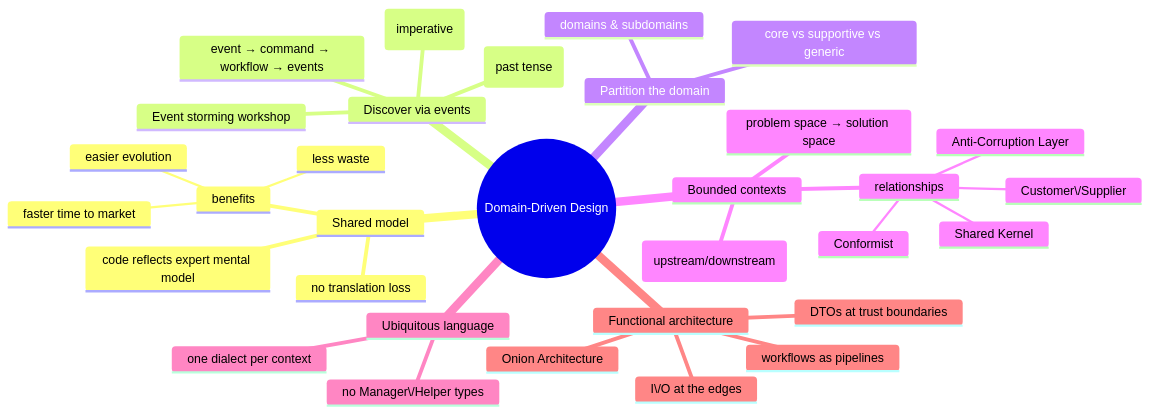
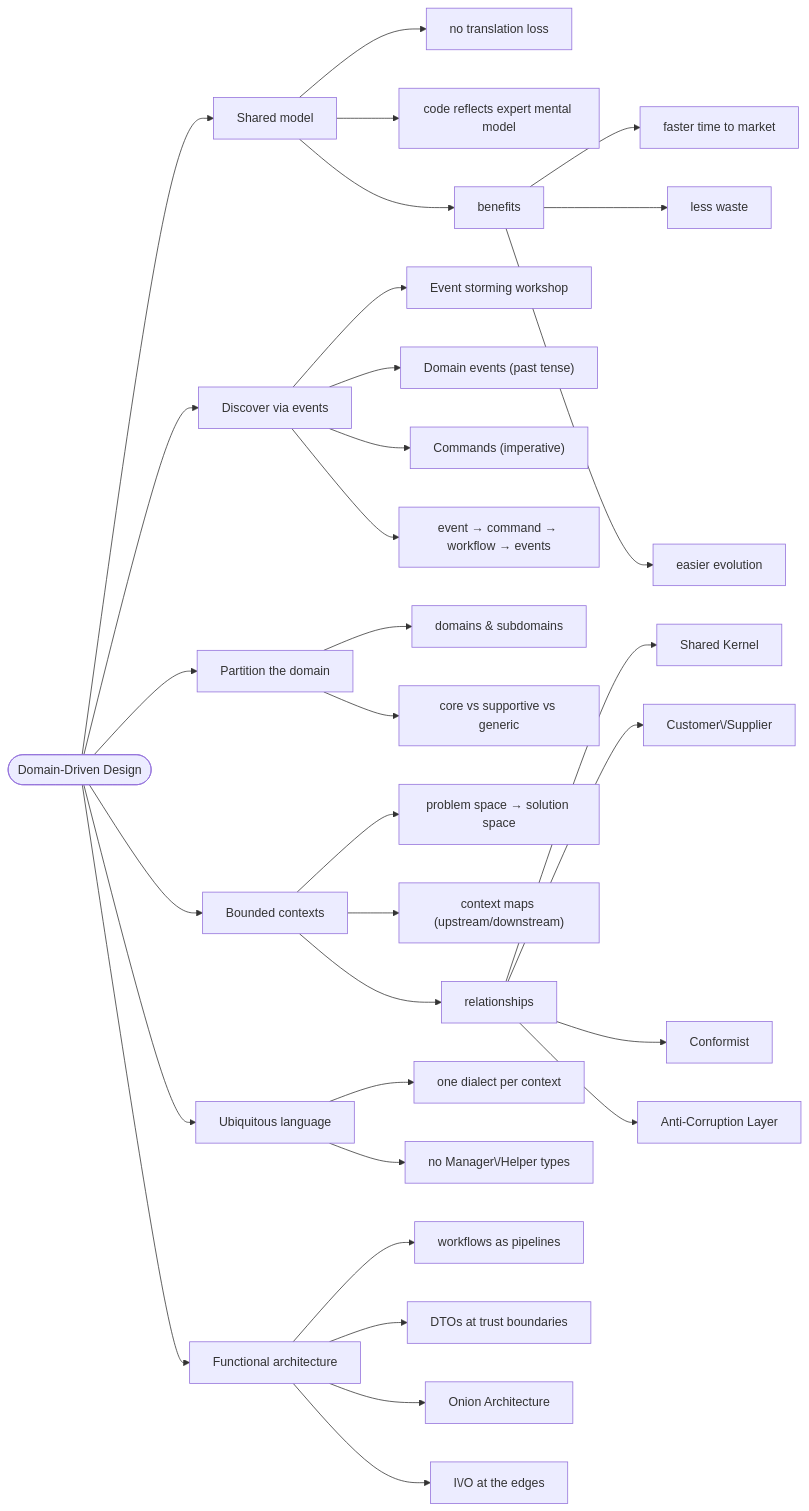
Before and after one commit to 42WASD/42wasd-community-web: the diagram in docs/knowledge/domain-driven-design/index.md, drawn with Mermaid. The commit also changed 13 other files, not shown here.

First line of the commit message:
Convert knowledge mindmaps to flowchart LR diagrams

````diff
--- a/docs/knowledge/domain-driven-design/index.md
+++ b/docs/knowledge/domain-driven-design/index.md
@@ -11,35 +11,66 @@
 ```mermaid
-mindmap
-  root((Domain-Driven Design))
-    Shared model
-      no translation loss
-      code reflects expert mental model
-      benefits
-        faster time to market
-        less waste
-        easier evolution
-    Discover via events
-      Event storming workshop
-      Domain events (past tense)
-      Commands (imperative)
-      event → command → workflow → events
-    Partition the domain
-      domains & subdomains
-      core vs supportive vs generic
-    Bounded contexts
-      problem space → solution space
-      context maps (upstream/downstream)
-      relationships
-        Shared Kernel
-        Customer\\/Supplier
-        Conformist
-        Anti-Corruption Layer
-    Ubiquitous language
-      one dialect per context
-      no Manager\\/Helper types
-    Functional architecture
-      workflows as pipelines
-      DTOs at trust boundaries
-      Onion Architecture
-      I\\/O at the edges
+flowchart LR
+    n1(["Domain-Driven Design"])
+    n2["Shared model"]
+    n3["no translation loss"]
+    n4["code reflects expert mental model"]
+    n5["benefits"]
+    n6["faster time to market"]
+    n7["less waste"]
+    n8["easier evolution"]
+    n9["Discover via events"]
+    n10["Event storming workshop"]
+    n11["Domain events (past tense)"]
+    n12["Commands (imperative)"]
+    n13["event → command → workflow → events"]
+    n14["Partition the domain"]
+    n15["domains &amp; subdomains"]
+    n16["core vs supportive vs generic"]
+    n17["Bounded contexts"]
+    n18["problem space → solution space"]
+    n19["context maps (upstream/downstream)"]
+    n20["relationships"]
+    n21["Shared Kernel"]
+    n22["Customer\/Supplier"]
+    n23["Conformist"]
+    n24["Anti-Corruption Layer"]
+    n25["Ubiquitous language"]
+    n26["one dialect per context"]
+    n27["no Manager\/Helper types"]
+    n28["Functional architecture"]
+    n29["workflows as pipelines"]
+    n30["DTOs at trust boundaries"]
+    n31["Onion Architecture"]
+    n32["I\/O at the edges"]
+    n1 --> n2
+    n2 --> n3
+    n2 --> n4
+    n2 --> n5
+    n5 --> n6
+    n5 --> n7
+    n5 --> n8
+    n1 --> n9
+    n9 --> n10
+    n9 --> n11
+    n9 --> n12
+    n9 --> n13
+    n1 --> n14
+    n14 --> n15
+    n14 --> n16
+    n1 --> n17
+    n17 --> n18
+    n17 --> n19
+    n17 --> n20
+    n20 --> n21
+    n20 --> n22
+    n20 --> n23
+    n20 --> n24
+    n1 --> n25
+    n25 --> n26
+    n25 --> n27
+    n1 --> n28
+    n28 --> n29
+    n28 --> n30
+    n28 --> n31
+    n28 --> n32
 ```
````
